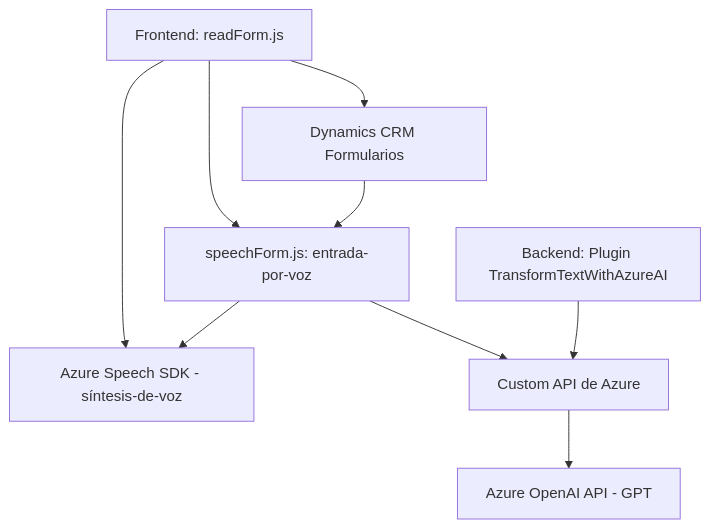
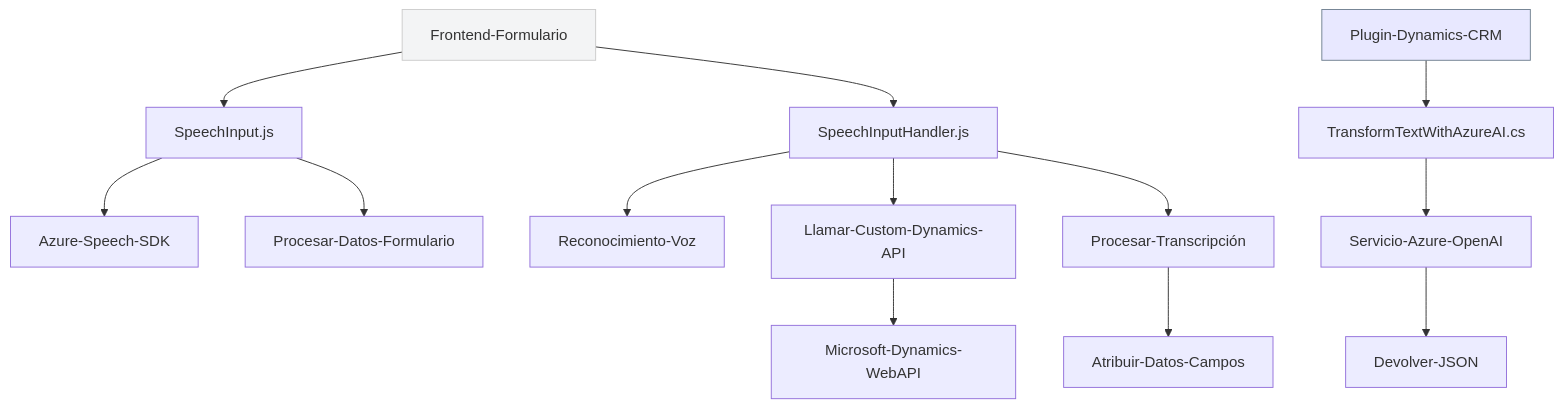
Before and after one commit to blopezdm/NETCORE_BILBAO2025: the diagram in README.md, drawn with Mermaid. The commit also changed other lines of this file, not shown here.

````diff
--- a/README.md
+++ b/README.md
@@ -52,12 +36,17 @@
 ```mermaid
 graph TD
-    A["Frontend: readForm.js"] --> B["Azure Speech SDK - síntesis-de-voz"]
-    A --> C["Dynamics CRM Formularios"]
-    A --> D["speechForm.js: entrada-por-voz"]
-    D --> B
-    D --> E["Custom API de Azure"]
-    C --> D
-    
-    F["Backend: Plugin TransformTextWithAzureAI"] --> E
-    E --> G["Azure OpenAI API - GPT"]
+    A[Frontend-Formulario] --> B["SpeechInput.js"]
+    A --> C["SpeechInputHandler.js"]
+    B --> D[Azure-Speech-SDK]
+    B --> E[Procesar-Datos-Formulario]
+    C --> F[Reconocimiento-Voz]
+    C --> G[Llamar-Custom-Dynamics-API]
+    C --> H[Procesar-Transcripción]
+    G --> I[Microsoft-Dynamics-WebAPI]
+    H --> J[Atribuir-Datos-Campos]
+    K[Plugin-Dynamics-CRM] --> L[TransformTextWithAzureAI.cs]
+    L --> M[Servicio-Azure-OpenAI]
+    M --> N[Devolver-JSON]
+    style A fill:#f3f4f5,stroke:#ccc,stroke-width:1px
+    style K fill:#e8e8ff,stroke:#708090,stroke-width:1px
 ```
````
